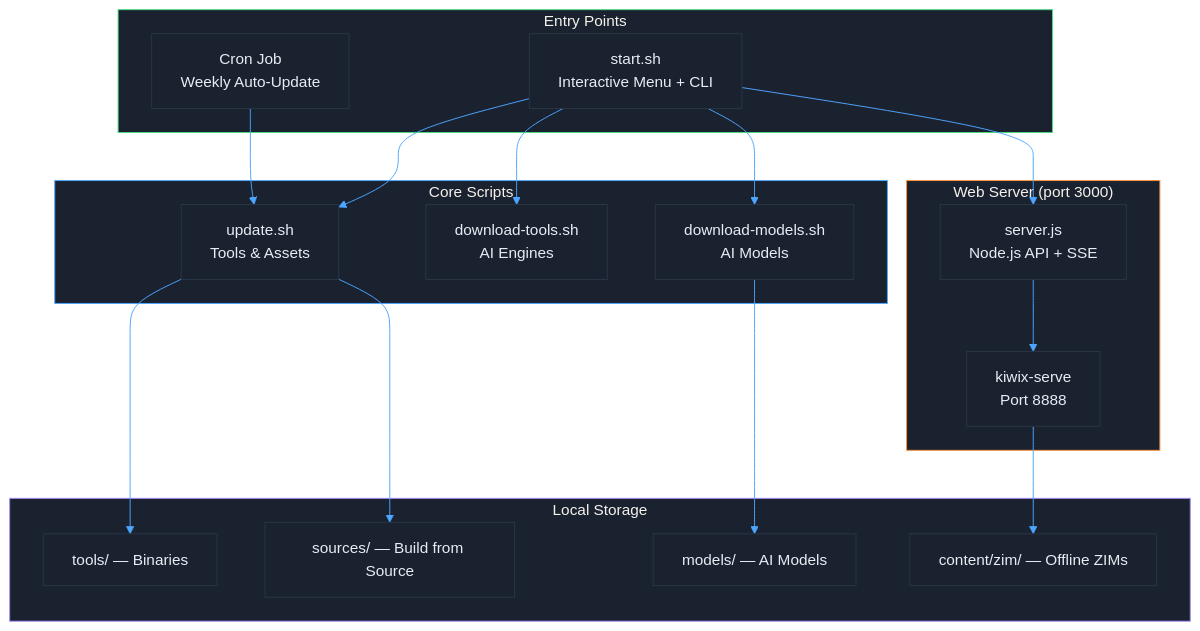
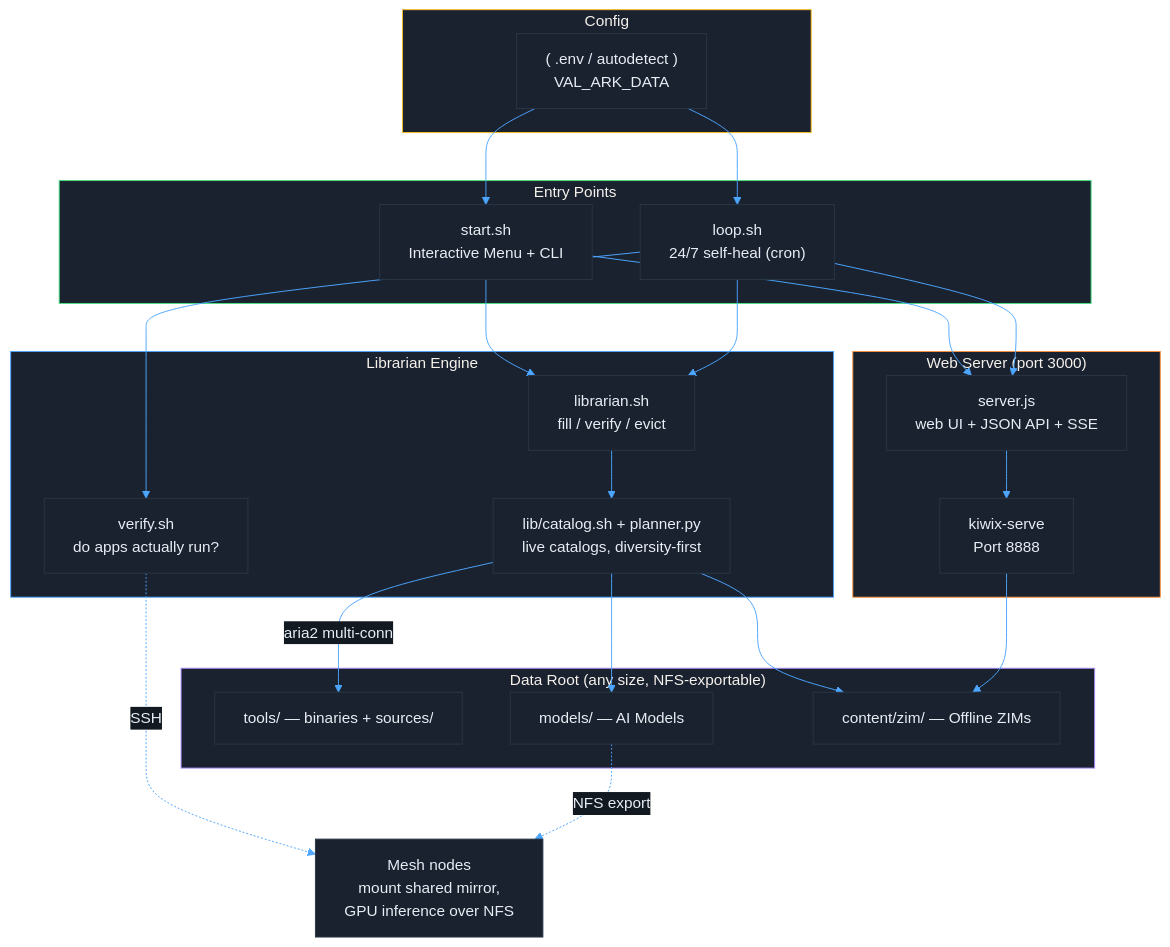
Before and after one commit to mvalancy/val-ark: the first of 3 diagrams in README.md, drawn with Mermaid. The commit also changed other lines of this file and 13 other files, not shown here.

````diff
--- a/README.md
+++ b/README.md
@@ -32,48 +33,57 @@
 ```mermaid
 %%{init: {'theme': 'base', 'themeVariables': {
   'primaryColor': '#1a2230',
   'primaryBorderColor': '#2a3545',
   'primaryTextColor': '#e8edf4',
   'lineColor': '#4da6ff',
   'secondaryColor': '#131921',
   'tertiaryColor': '#0a0e14'
 }}}%%
 graph TB
+    subgraph Config["Config"]
+        style Config fill:#1a2230,stroke:#fbbf24
+        ENV["( .env / autodetect )<br/>VAL_ARK_DATA"]
+    end
+
     subgraph Entry["Entry Points"]
         style Entry fill:#1a2230,stroke:#4ade80
         START["start.sh<br/>Interactive Menu + CLI"]
-        CRON["Cron Job<br/>Weekly Auto-Update"]
+        LOOP["loop.sh<br/>24/7 self-heal (cron)"]
+    end
+
+    subgraph Engine["Librarian Engine"]
+        style Engine fill:#1a2230,stroke:#4da6ff
+        LIB["librarian.sh<br/>fill / verify / evict"]
+        CAT["lib/catalog.sh + planner.py<br/>live catalogs, diversity-first"]
+        VER["verify.sh<br/>do apps actually run?"]
     end
 
     subgraph WebServer["Web Server (port 3000)"]
         style WebServer fill:#1a2230,stroke:#fb923c
-        SERVER["server.js<br/>Node.js API + SSE"]
+        SERVER["server.js<br/>web UI + JSON API + SSE"]
         KIWIX["kiwix-serve<br/>Port 8888"]
     end
 
-    subgraph Scripts["Core Scripts"]
-        style Scripts fill:#1a2230,stroke:#4da6ff
-        UPDATE["update.sh<br/>Tools & Assets"]
-        DOWNLOAD_T["download-tools.sh<br/>AI Engines"]
-        DOWNLOAD_M["download-models.sh<br/>AI Models"]
-    end
-
-    subgraph Storage["Local Storage"]
+    subgraph Storage["Data Root (any size, NFS-exportable)"]
         style Storage fill:#1a2230,stroke:#a78bfa
-        TOOLS["tools/ — Binaries"]
-        SOURCES["sources/ — Build from Source"]
+        TOOLS["tools/ — binaries + sources/"]
         MODELS["models/ — AI Models"]
         CONTENT["content/zim/ — Offline ZIMs"]
     end
 
-    START --> UPDATE
-    START --> DOWNLOAD_T
-    START --> DOWNLOAD_M
+    ENV --> START
+    ENV --> LOOP
+    START --> LIB
     START --> SERVER
+    LOOP --> LIB
+    LOOP --> VER
+    LOOP --> SERVER
+    LIB --> CAT
+    CAT -->|aria2 multi-conn| TOOLS
+    CAT --> MODELS
+    CAT --> CONTENT
     SERVER --> KIWIX
-    CRON --> UPDATE
-    UPDATE --> TOOLS
-    UPDATE --> SOURCES
-    DOWNLOAD_M --> MODELS
     KIWIX --> CONTENT
+    VER -.->|SSH| MESH["Mesh nodes<br/>mount shared mirror,<br/>GPU inference over NFS"]
+    MODELS -.->|NFS export| MESH
 ```
````
